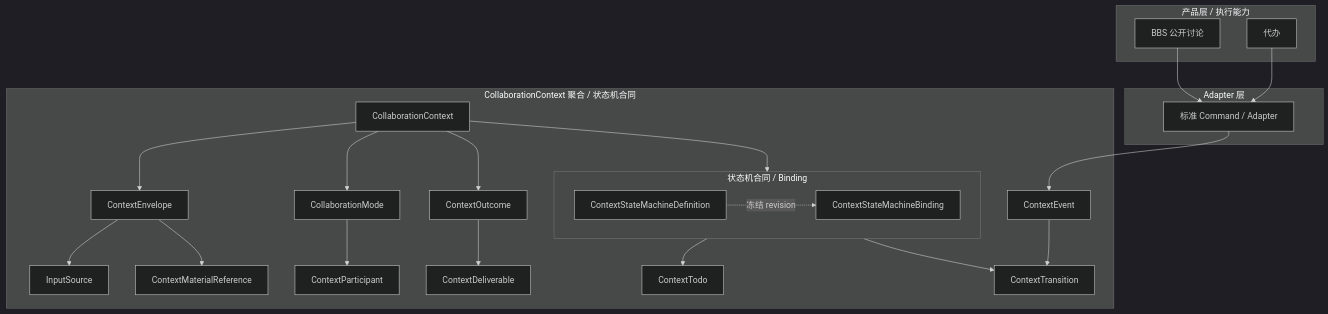
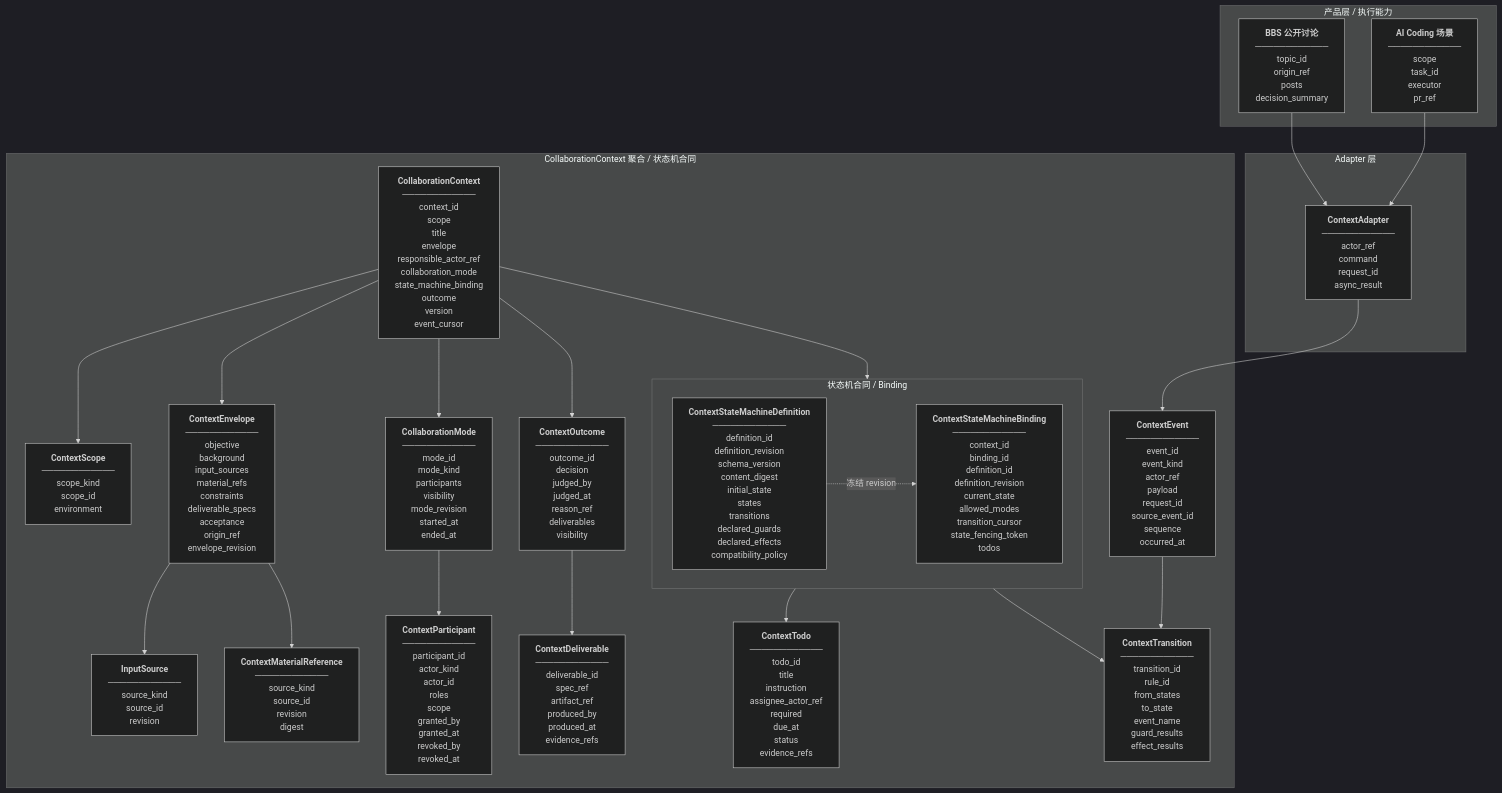
One commit to inclusionAI/Avernet changed the diagram in apps/backend/specs/2026-11-09-bbs-context-collaboration-protocol/spec.md. Above: the diagram before and after it, drawn with Mermaid (dark theme).

Commit message:
add bbs context collaboration protocol sepc

````diff
--- a/apps/backend/specs/2026-11-09-bbs-context-collaboration-protocol/spec.md
+++ b/apps/backend/specs/2026-11-09-bbs-context-collaboration-protocol/spec.md
@@ -119,49 +119,51 @@
 ```mermaid
 flowchart TB
   subgraph Products["产品层 / 执行能力"]
-    bbsDiscussion["BBS 公开讨论"]
-    todoScenario["代办"]
+    bbsDiscussion["<b>BBS 公开讨论</b><br/>────────────<br/>topic_id<br/>origin_ref<br/>posts<br/>decision_summary"]
+    todoScenario["<b>AI Coding 场景</b><br/>────────────<br/>scope<br/>task_id<br/>executor<br/>pr_ref"]
   end
 
   subgraph AdapterLayer["Adapter 层"]
-    adapter["标准 Command / Adapter"]
+    adapter["<b>ContextAdapter</b><br/>────────────<br/>actor_ref<br/>command<br/>request_id<br/>async_result"]
   end
 
   subgraph Context["CollaborationContext 聚合 / 状态机合同"]
-    root["CollaborationContext"]
-    envelope["ContextEnvelope"]
-    inputSource["InputSource"]
-    material["ContextMaterialReference"]
-    collaborationMode["CollaborationMode"]
-    participant["ContextParticipant"]
-    deliverable["ContextDeliverable"]
-    todo["ContextTodo"]
-    outcome["ContextOutcome"]
-    event["ContextEvent"]
-    transition["ContextTransition"]
+    root["<b>CollaborationContext</b><br/>────────────<br/>context_id<br/>scope<br/>title<br/>envelope<br/>responsible_actor_ref<br/>collaboration_mode<br/>state_machine_binding<br/>outcome<br/>version<br/>event_cursor"]
+    scope["<b>ContextScope</b><br/>────────────<br/>scope_kind<br/>scope_id<br/>environment"]
+    envelope["<b>ContextEnvelope</b><br/>────────────<br/>objective<br/>background<br/>input_sources<br/>material_refs<br/>constraints<br/>deliverable_specs<br/>acceptance<br/>origin_ref<br/>envelope_revision"]
+    inputSource["<b>InputSource</b><br/>────────────<br/>source_kind<br/>source_id<br/>revision"]
+    material["<b>ContextMaterialReference</b><br/>────────────<br/>source_kind<br/>source_id<br/>revision<br/>digest"]
+    collaborationMode["<b>CollaborationMode</b><br/>────────────<br/>mode_id<br/>mode_kind<br/>participants<br/>visibility<br/>mode_revision<br/>started_at<br/>ended_at"]
+    participant["<b>ContextParticipant</b><br/>────────────<br/>participant_id<br/>actor_kind<br/>actor_id<br/>roles<br/>scope<br/>granted_by<br/>granted_at<br/>revoked_by<br/>revoked_at"]
+    deliverable["<b>ContextDeliverable</b><br/>────────────<br/>deliverable_id<br/>spec_ref<br/>artifact_ref<br/>produced_by<br/>produced_at<br/>evidence_refs"]
+    todo["<b>ContextTodo</b><br/>────────────<br/>todo_id<br/>title<br/>instruction<br/>assignee_actor_ref<br/>required<br/>due_at<br/>status<br/>evidence_refs"]
+    outcome["<b>ContextOutcome</b><br/>────────────<br/>outcome_id<br/>decision<br/>judged_by<br/>judged_at<br/>reason_ref<br/>deliverables<br/>visibility"]
+    event["<b>ContextEvent</b><br/>────────────<br/>event_id<br/>event_kind<br/>actor_ref<br/>payload<br/>request_id<br/>source_event_id<br/>sequence<br/>occurred_at"]
+    transition["<b>ContextTransition</b><br/>────────────<br/>transition_id<br/>rule_id<br/>from_states<br/>to_state<br/>event_name<br/>guard_results<br/>effect_results"]
 
     subgraph StateMachine["状态机合同 / Binding"]
       direction LR
-      stateDef["ContextStateMachineDefinition"]
-      stateBinding["ContextStateMachineBinding"]
+      stateDef["<b>ContextStateMachineDefinition</b><br/>────────────<br/>definition_id<br/>definition_revision<br/>schema_version<br/>content_digest<br/>initial_state<br/>states<br/>transitions<br/>declared_guards<br/>declared_effects<br/>compatibility_policy"]
+      stateBinding["<b>ContextStateMachineBinding</b><br/>────────────<br/>context_id<br/>binding_id<br/>definition_id<br/>definition_revision<br/>current_state<br/>allowed_modes<br/>transition_cursor<br/>state_fencing_token<br/>todos"]
     end
   end
 
   bbsDiscussion --> adapter
   todoScenario --> adapter
   adapter --> event
 
+  root --> scope
   root --> envelope
   envelope --> inputSource
   envelope --> material
   root --> collaborationMode
   collaborationMode --> participant
   stateBinding --> todo
   root --> outcome
   outcome --> deliverable
   root --> stateBinding
 
   stateDef -. 冻结 revision .-> stateBinding
   stateBinding --> transition
   event --> transition
 ```
````
